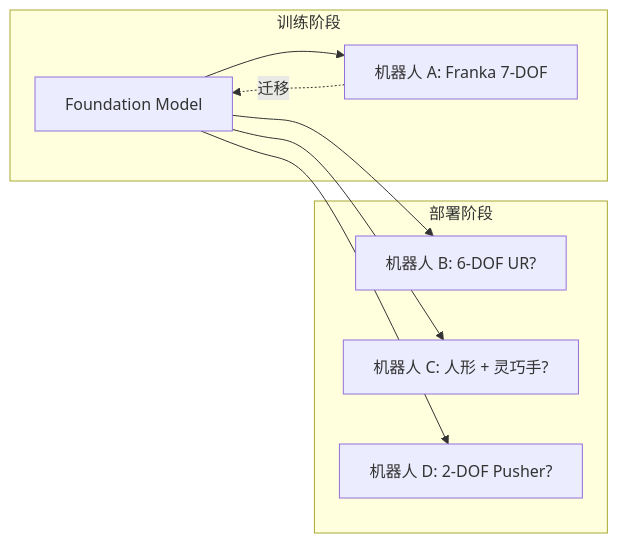
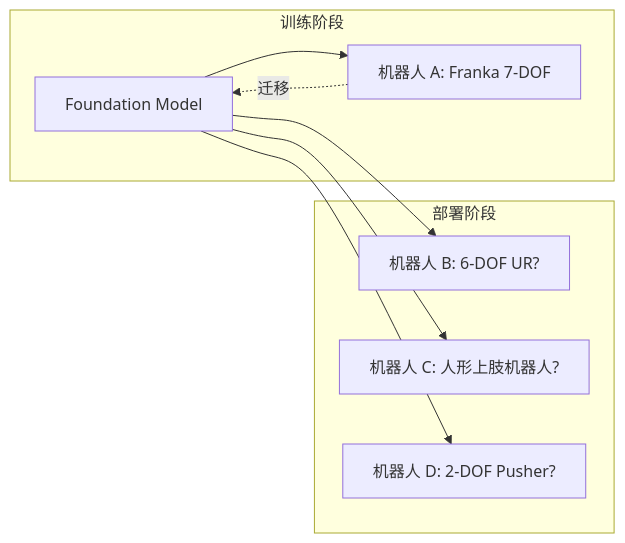
The first of 5 diagrams in docs/25-cross-embodiment-adaptation.md (Dld0621/Embodied-AI-Zero-to-Hero), drawn with Mermaid before and after one commit. The commit also changed other lines of this file and 29 other files, not shown here.

````diff
--- a/docs/25-cross-embodiment-adaptation.md
+++ b/docs/25-cross-embodiment-adaptation.md
@@ -33,12 +32,12 @@
 ```mermaid
 graph LR
     subgraph 训练阶段
         M[Foundation Model] --> RA[机器人 A: Franka 7-DOF]
     end
     subgraph 部署阶段
         M --> RB[机器人 B: 6-DOF UR?]
-        M --> RC[机器人 C: 人形 + 灵巧手?]
+        M --> RC[机器人 C: 人形上肢机器人?]
         M --> RD[机器人 D: 2-DOF Pusher?]
     end
     RA -.->|迁移| M
 ```
````
